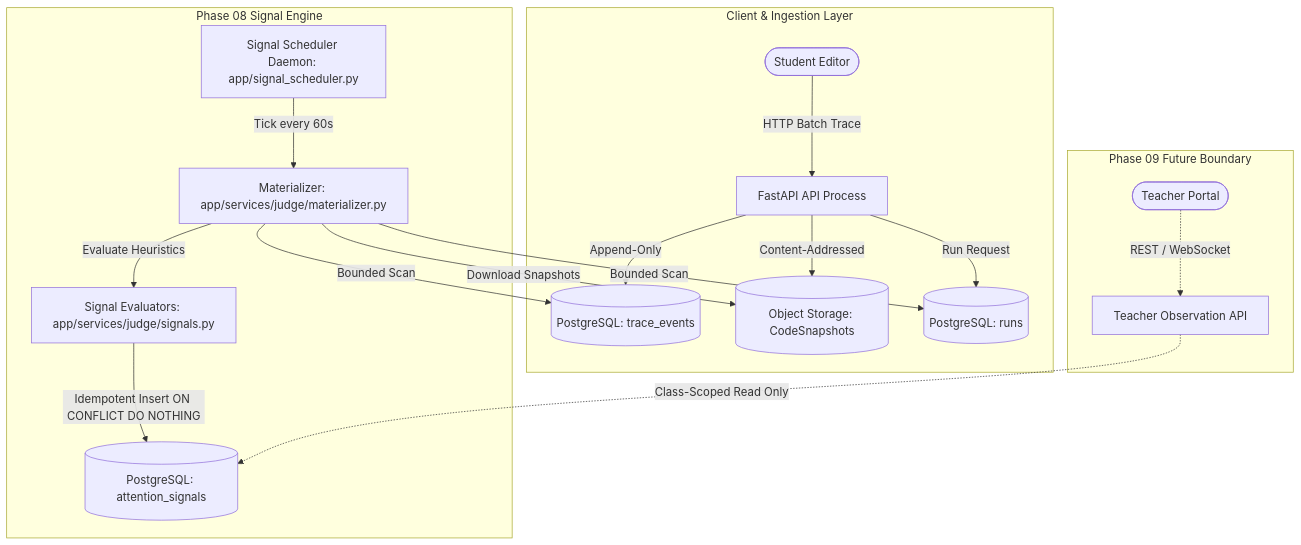
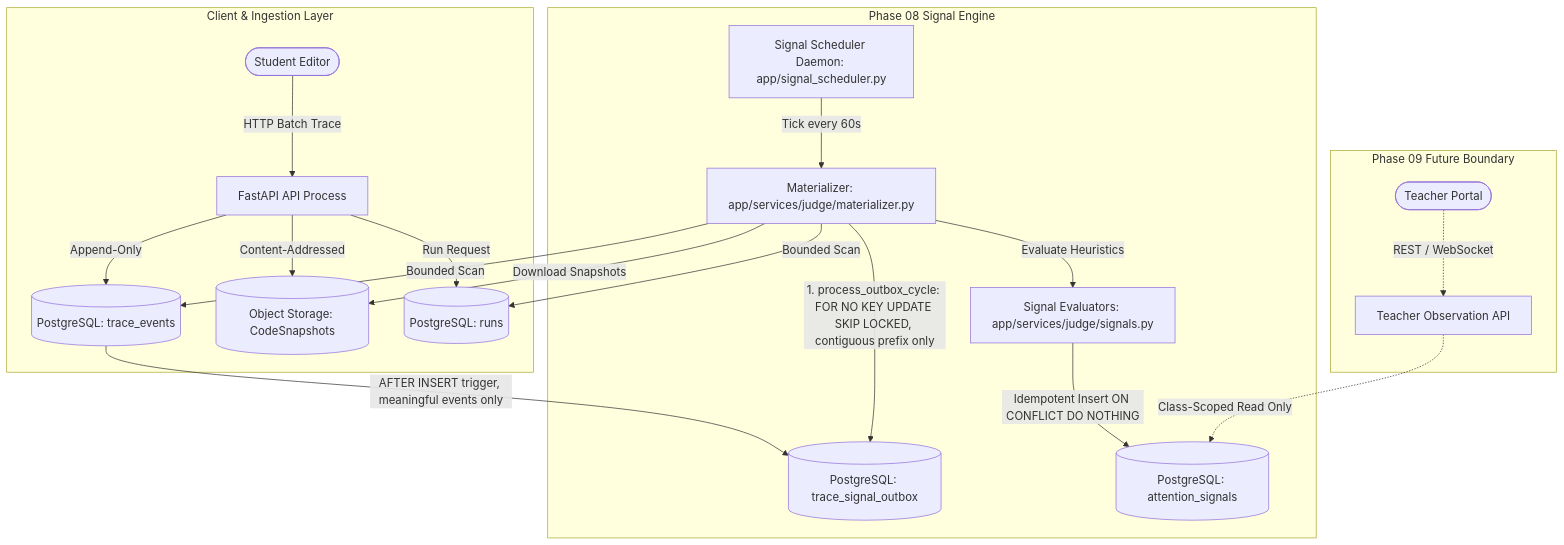
One commit to LuanNV2k5/SPNC changed the diagram in docs/33_ATTENTION_SIGNAL_ARCHITECTURE.md. Above: the diagram before and after it, drawn with Mermaid. The commit also changed other lines of this file and 26 other files, not shown here.

````diff
--- a/docs/33_ATTENTION_SIGNAL_ARCHITECTURE.md
+++ b/docs/33_ATTENTION_SIGNAL_ARCHITECTURE.md
@@ -49,23 +50,26 @@
 ```mermaid
 graph TD
     subgraph Client & Ingestion Layer
         Student([Student Editor]) -->|HTTP Batch Trace| API[FastAPI API Process]
         API -->|Append-Only| DB_Trace[(PostgreSQL: trace_events)]
         API -->|Content-Addressed| Blob[(Object Storage: CodeSnapshots)]
         API -->|Run Request| DB_Run[(PostgreSQL: runs)]
     end
 
+    DB_Trace -->|AFTER INSERT trigger, meaningful events only| DB_Outbox[(PostgreSQL: trace_signal_outbox)]
+
     subgraph Phase 08 Signal Engine
         Scheduler[Signal Scheduler Daemon: app/signal_scheduler.py] -->|Tick every 60s| Materializer[Materializer: app/services/judge/materializer.py]
+        Materializer -->|1. process_outbox_cycle: FOR NO KEY UPDATE SKIP LOCKED, contiguous prefix only| DB_Outbox
         Materializer -->|Bounded Scan| DB_Trace
         Materializer -->|Bounded Scan| DB_Run
         Materializer -->|Download Snapshots| Blob
         Materializer -->|Evaluate Heuristics| Evaluator[Signal Evaluators: app/services/judge/signals.py]
         Evaluator -->|Idempotent Insert ON CONFLICT DO NOTHING| DB_Signals[(PostgreSQL: attention_signals)]
     end
 
     subgraph Phase 09 Future Boundary
         Teacher([Teacher Portal]) -.->|REST / WebSocket| Phase09_API[Teacher Observation API]
         Phase09_API -.->|Class-Scoped Read Only| DB_Signals
     end
 ```
````
